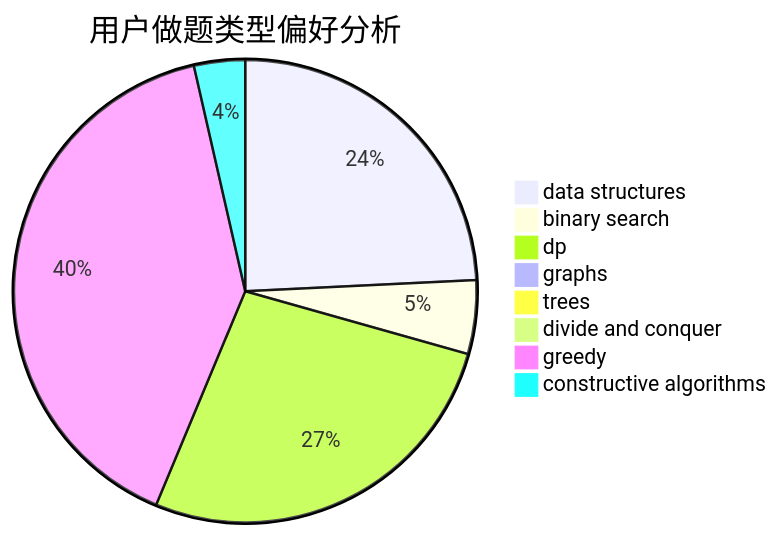
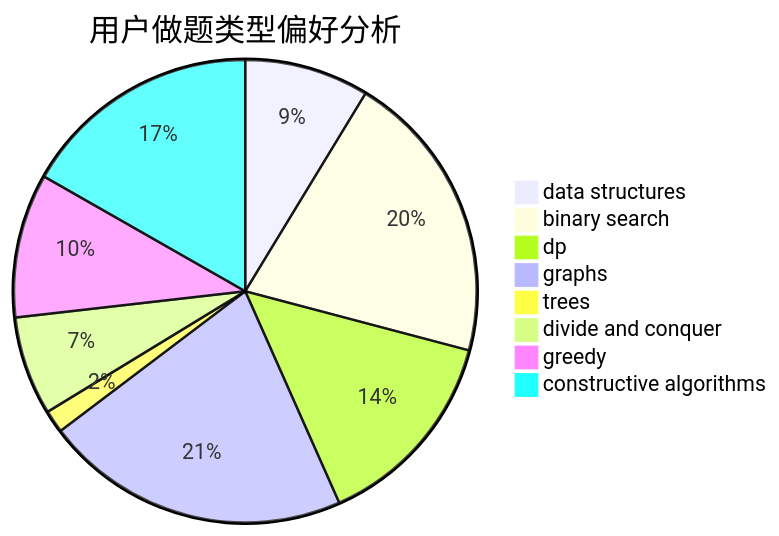
One commit to sherpahu/cfrs.github.io changed the second of 3 diagrams in docs/user/u750.md. Above: the diagram before and after it, drawn with Mermaid. The commit also changed other lines of this file and 2770 other files, not shown here.

````diff
--- a/docs/user/u750.md
+++ b/docs/user/u750.md
@@ -23,11 +23,11 @@
 ```mermaid
 pie title 用户做题类型偏好分析
-    "data structures" :  414
-    "binary search" :  88
-    "dp" :  460
-    "graphs" :  15
-    "trees" :  9
-    "divide and conquer" :  0
-    "greedy" :  686
-    "constructive algorithms" :  61
+    "data structures" :  121
+    "binary search" :  284
+    "dp" :  198
+    "graphs" :  297
+    "trees" :  22
+    "divide and conquer" :  96
+    "greedy" :  140
+    "constructive algorithms" :  233
 ```
````
